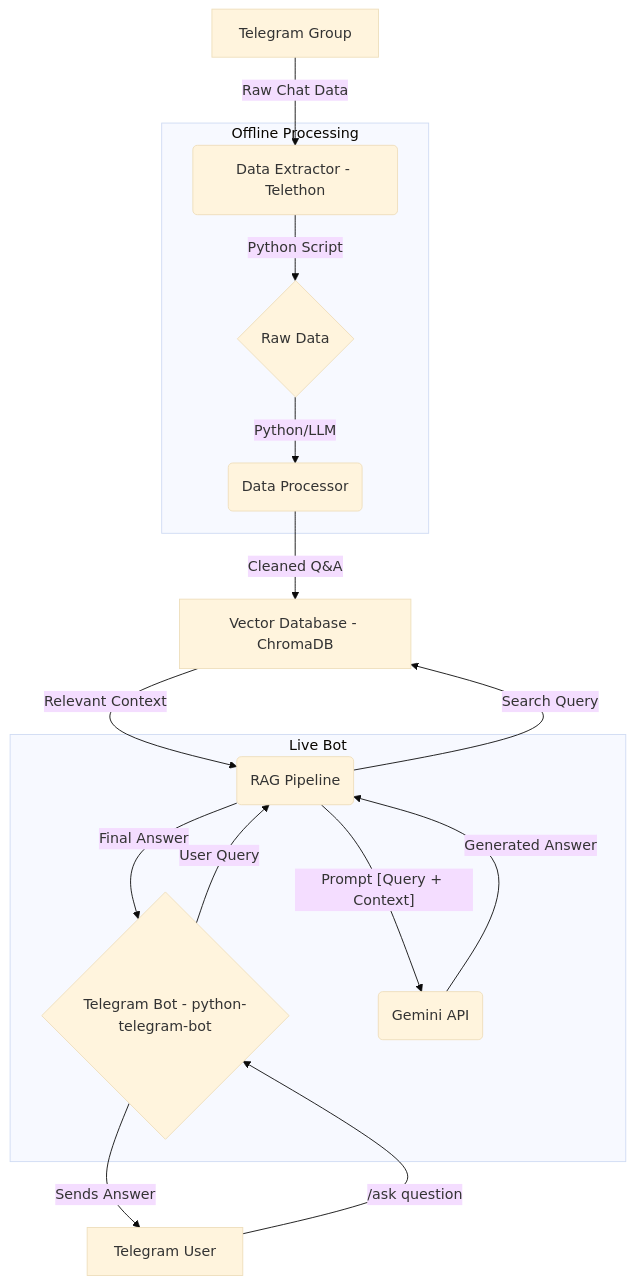
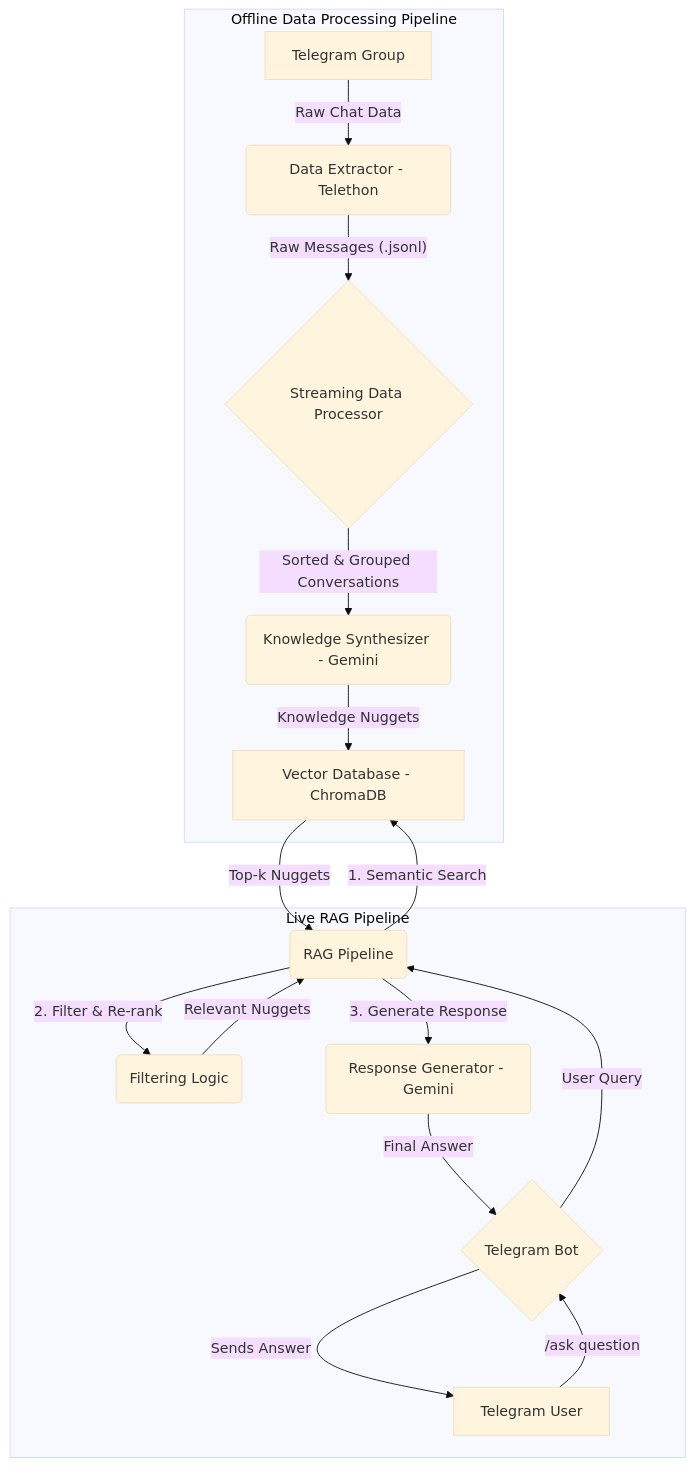
The diagram in README.md (vjaykrsna/ragbot), drawn with Mermaid (base theme) before and after one commit. The commit also changed other lines of this file and 4 other files, not shown here.

````diff
--- a/README.md
+++ b/README.md
@@ -9,27 +9,21 @@
 ```mermaid
 graph TD
-    A[Telegram Group] -- Raw Chat Data --> B(Data Extractor - Telethon);
-    B -- Python Script --> C{Raw Data};
-    C -- Python/LLM --> D(Data Processor);
-    D -- Cleaned Q&A --> E[Vector Database - ChromaDB];
-    F[Telegram User] -- /ask question --> G{Telegram Bot - python-telegram-bot};
-    G -- User Query --> H(RAG Pipeline);
-    H -- Search Query --> E;
-    E -- Relevant Context --> H;
-    H -- Prompt [Query + Context] --> I(Gemini API);
-    I -- Generated Answer --> H;
-    H -- Final Answer --> G;
-    G -- Sends Answer --> F;
-
-    subgraph "Offline Processing"
-        B
-        C
-        D
+    subgraph "Offline Data Processing Pipeline"
+        A[Telegram Group] -- Raw Chat Data --> B(Data Extractor - Telethon);
+        B -- Raw Messages (.jsonl) --> C{Streaming Data Processor};
+        C -- Sorted & Grouped Conversations --> D(Knowledge Synthesizer - Gemini);
+        D -- Knowledge Nuggets --> E[Vector Database - ChromaDB];
     end
 
-    subgraph "Live Bot"
-        G
-        H
-        I
+    subgraph "Live RAG Pipeline"
+        F[Telegram User] -- /ask question --> G{Telegram Bot};
+        G -- User Query --> H(RAG Pipeline);
+        H -- 1. Semantic Search --> E;
+        E -- Top-k Nuggets --> H;
+        H -- 2. Filter & Re-rank --> I(Filtering Logic);
+        I -- Relevant Nuggets --> H;
+        H -- 3. Generate Response --> J(Response Generator - Gemini);
+        J -- Final Answer --> G;
+        G -- Sends Answer --> F;
     end
 ```
````
